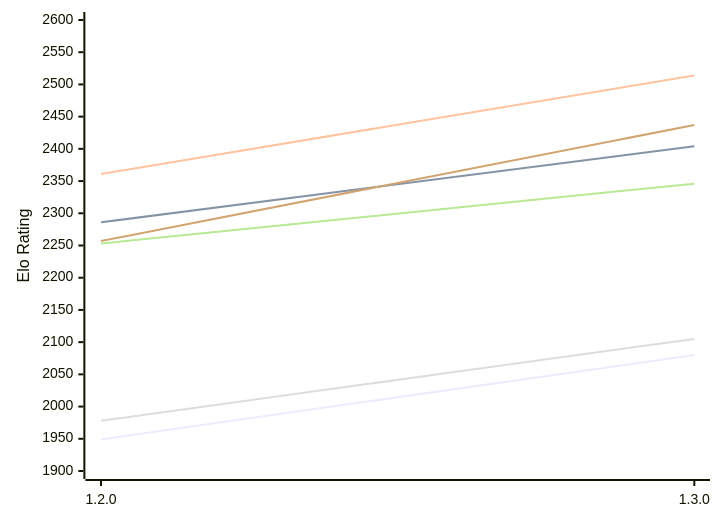
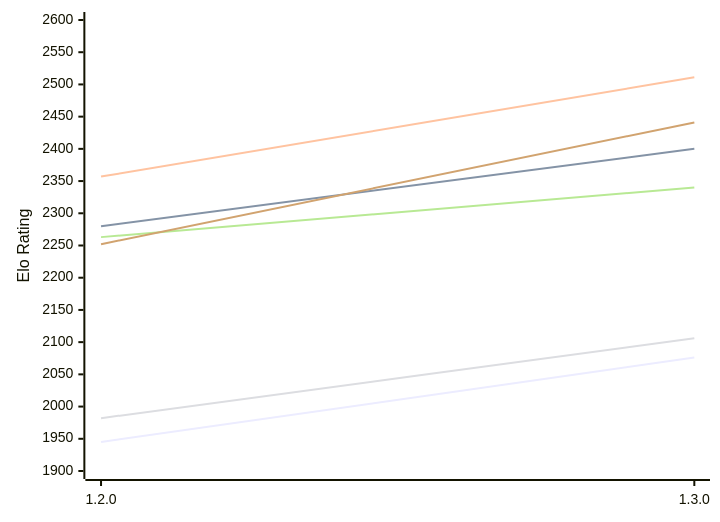
Before and after one commit to computer-chess-index/cci: the first of 2 diagrams in engines/Anodos.md, drawn with Mermaid. The commit also changed other lines of this file, not shown here.

Commit message:
Update CCI Ratings (ELO VLTC) - 2026-11-21

````diff
--- a/engines/Anodos.md
+++ b/engines/Anodos.md
@@ -52,12 +52,12 @@
 ```mermaid
 %%{init: {"theme":"base","themeVariables":{"seriesColors:['#a3a3a3','#222221','#faa371']}}}%%
 xychart-beta
   x-axis ["1.2.0", "1.3.0"]
   y-axis "Elo Rating" 1900 --> 2600
-  line "E1: STC (8.0+0.08s)" [1949, 2080]
-  line "E1: LTC (60.0+0.60s)" [2286, 2404]
-  line "E1: VLTC (2m24s+1.12s)" [2361, 2514]
-  line "P1: STC (8.0+0.08s)" [1978, 2105]
-  line "P1: LTC (60.0+0.60s)" [2253, 2346]
-  line "P1: VLTC (2m24s+1.12s)" [2257, 2437]
+  line "E1: STC (8.0+0.08s)" [1945, 2076]
+  line "E1: LTC (60.0+0.60s)" [2280, 2400]
+  line "E1: VLTC (2m24s+1.12s)" [2357, 2511]
+  line "P1: STC (8.0+0.08s)" [1982, 2106]
+  line "P1: LTC (60.0+0.60s)" [2263, 2340]
+  line "P1: VLTC (2m24s+1.12s)" [2252, 2441]
 ```
````
